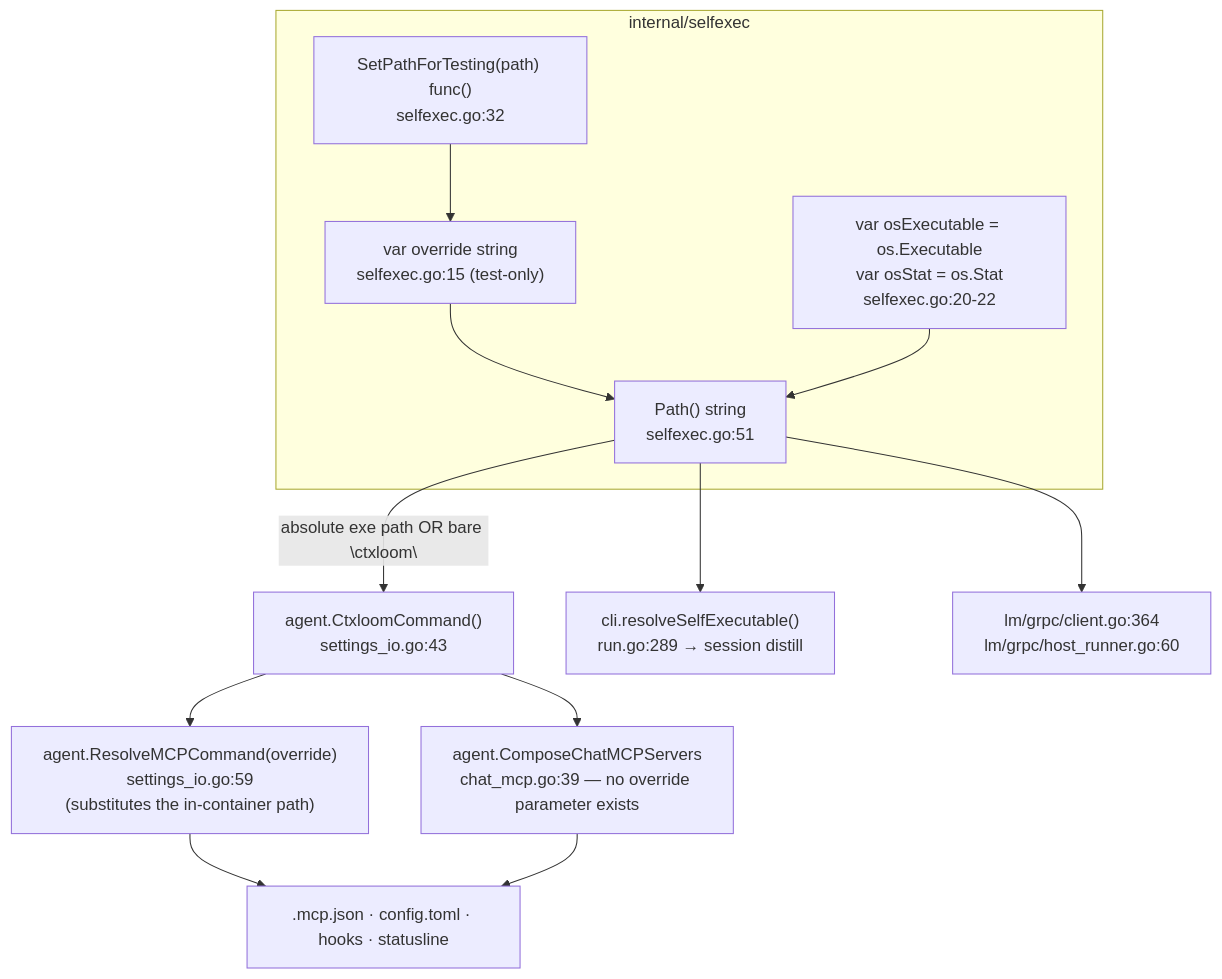
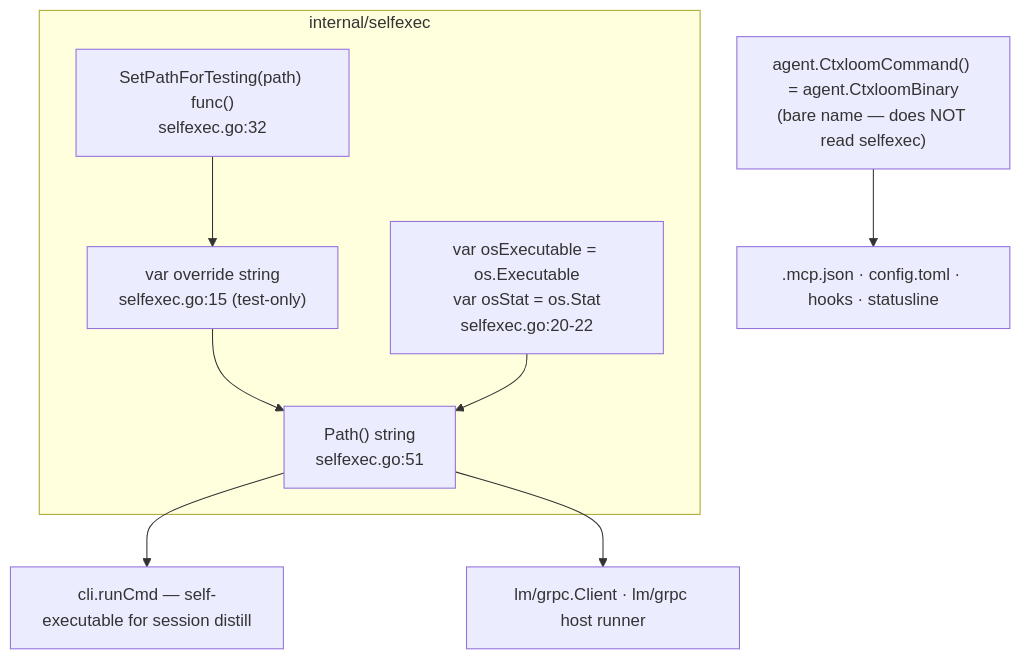
The diagram in docs/architecture/companions/selfexec.md (ctxloom/ctxloom), drawn with Mermaid before and after one commit. The commit also changed other lines of this file and 39 other files, not shown here.

````diff
--- a/docs/architecture/companions/selfexec.md
+++ b/docs/architecture/companions/selfexec.md
@@ -20,20 +23,17 @@
 ```mermaid
 flowchart TD
   subgraph unit["internal/selfexec"]
     OVR["var override string<br/>selfexec.go:15 (test-only)"]
     SEAM["var osExecutable = os.Executable<br/>var osStat = os.Stat<br/>selfexec.go:20-22"]
     PATH["Path() string<br/>selfexec.go:51"]
     SET["SetPathForTesting(path) func()<br/>selfexec.go:32"]
     SET --> OVR --> PATH
     SEAM --> PATH
   end
 
-  PATH -->|"absolute exe path OR bare \"ctxloom\""| CC["agent.CtxloomCommand()<br/>settings_io.go:43"]
-  PATH --> RUN["cli.resolveSelfExecutable()<br/>run.go:289 → session distill"]
-  PATH --> GRPC["lm/grpc/client.go:364<br/>lm/grpc/host_runner.go:60"]
+  PATH --> RUN["cli.runCmd — self-executable for session distill"]
+  PATH --> GRPC["lm/grpc.Client · lm/grpc host runner"]
 
-  CC --> RMC["agent.ResolveMCPCommand(override)<br/>settings_io.go:59<br/>(substitutes the in-container path)"]
-  CC --> CHAT["agent.ComposeChatMCPServers<br/>chat_mcp.go:39 — no override parameter exists"]
-  RMC --> SURF[".mcp.json · config.toml · hooks · statusline"]
-  CHAT --> SURF
+  CC["agent.CtxloomCommand() = agent.CtxloomBinary<br/>(bare name — does NOT read selfexec)"]
+  CC --> SURF[".mcp.json · config.toml · hooks · statusline"]
 ```
````
